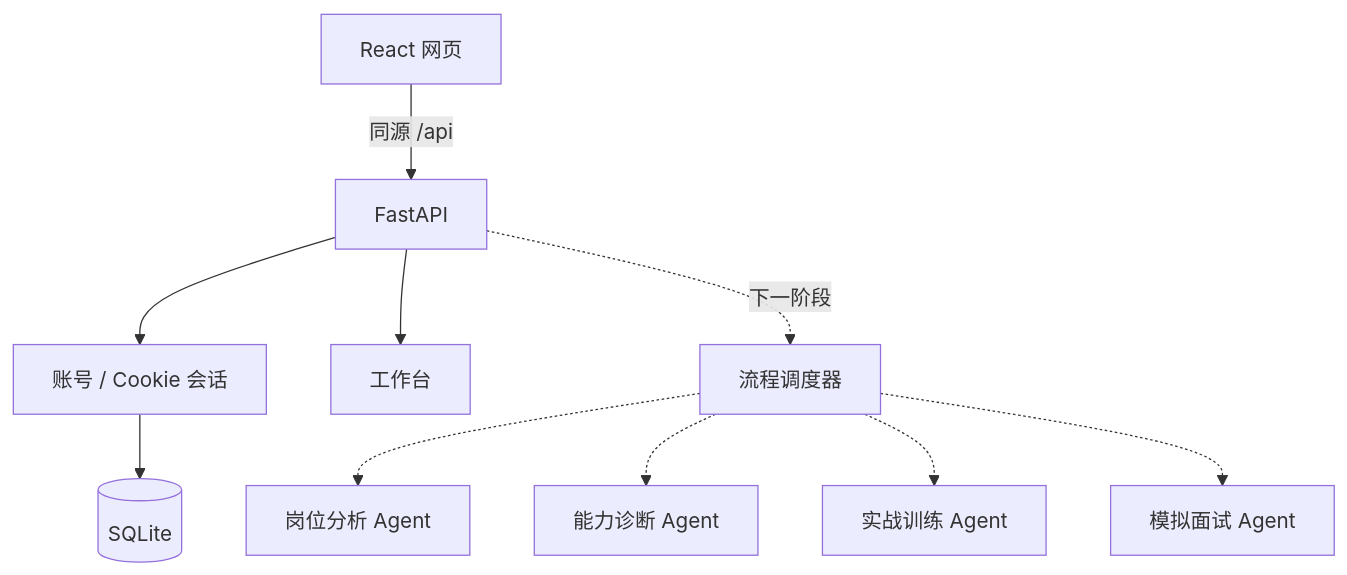
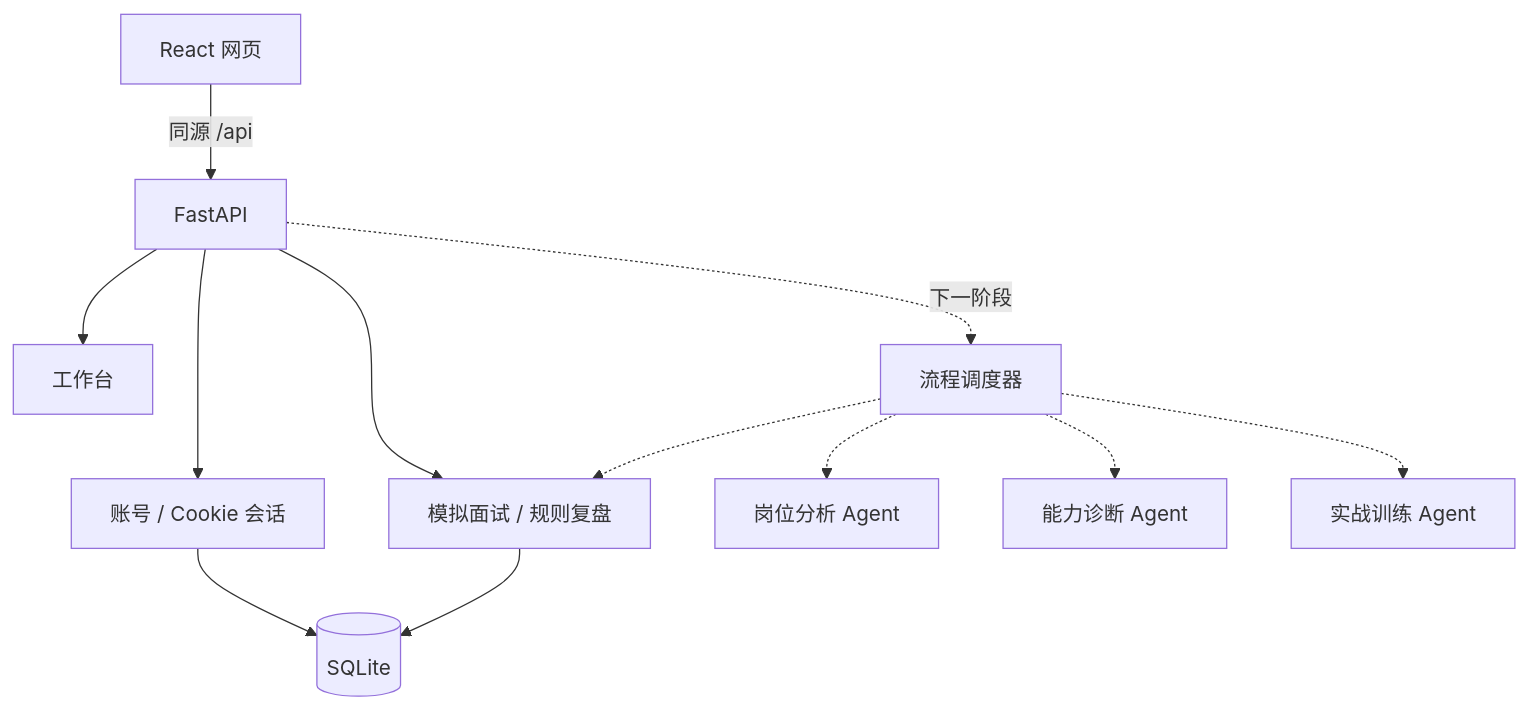
One commit to nnfgl/offer-route changed the diagram in docs/architecture.md. Above: the diagram before and after it, drawn with Mermaid. The commit also changed other lines of this file and 19 other files, not shown here.

````diff
--- a/docs/architecture.md
+++ b/docs/architecture.md
@@ -3,12 +3,14 @@
 ```mermaid
 flowchart TD
     Browser[React 网页] -->|同源 /api| API[FastAPI]
     API --> Auth[账号 / Cookie 会话]
     API --> Workspace[工作台]
     Auth --> DB[(SQLite)]
+    API --> Interview[模拟面试 / 规则复盘]
+    Interview --> DB
     API -. 下一阶段 .-> Flow[流程调度器]
     Flow -.-> Job[岗位分析 Agent]
     Flow -.-> Diagnosis[能力诊断 Agent]
     Flow -.-> Training[实战训练 Agent]
-    Flow -.-> Interview[模拟面试 Agent]
+    Flow -.-> Interview
 ```
````
